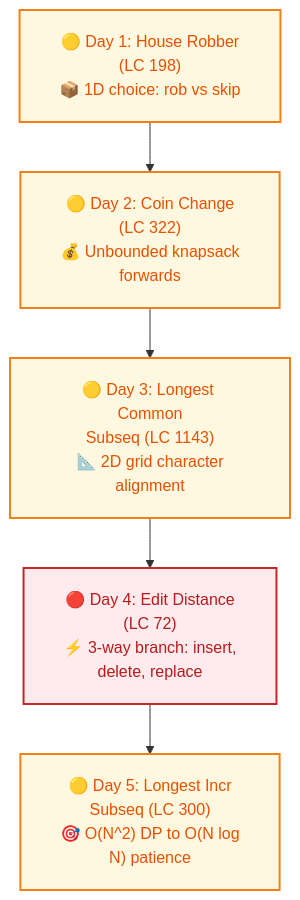
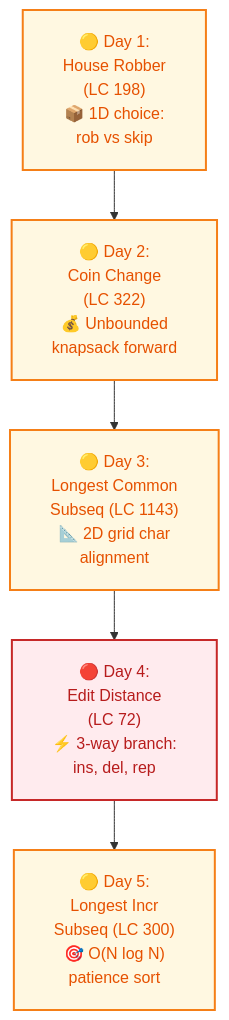
Before and after one commit to dip4k/DSA_102: the fourth of 19 diagrams in Senior_dsa_question_list.md, drawn with Mermaid. The commit also changed other lines of this file and 106 other files, not shown here.

First line of the commit message:
fix(mermaid): prevent text clipping with foreignObject overflow and tighter line wrapping

````diff
--- a/Senior_dsa_question_list.md
+++ b/Senior_dsa_question_list.md
@@ -166,15 +166,15 @@
 ```mermaid
-%%{init: {"flowchart": {"htmlLabels": true, "padding": 20}}}%%
+%%{init: {"flowchart": {"htmlLabels": true, "padding": 20}, "themeCSS": "foreignObject { overflow: visible !important; }"}}%%
 flowchart TD
     classDef startNode fill:#e8f5e9,stroke:#2e7d32,stroke-width:2px,color:#1b5e20
     classDef midNode fill:#fff8e1,stroke:#f57f17,stroke-width:2px,color:#e65100
     classDef hardNode fill:#ffebee,stroke:#c62828,stroke-width:2px,color:#b71c1c
 
-    A["🟡 Day 1: House Robber<br/>(LC 198)<br/>📦 1D choice: rob vs skip"]:::midNode
-    B["🟡 Day 2: Coin Change<br/>(LC 322)<br/>💰 Unbounded knapsack<br/>forwards"]:::midNode
-    C["🟡 Day 3: Longest Common<br/>Subseq (LC 1143)<br/>📐 2D grid character<br/>alignment"]:::midNode
-    D["🔴 Day 4: Edit Distance<br/>(LC 72)<br/>⚡ 3-way branch: insert,<br/>delete, replace"]:::hardNode
-    E["🟡 Day 5: Longest Incr<br/>Subseq (LC 300)<br/>🎯 O(N^2) DP to O(N log<br/>N) patience"]:::midNode
+    A["🟡 Day 1:<br/>House Robber<br/>(LC 198)<br/>📦 1D choice:<br/>rob vs skip"]:::midNode
+    B["🟡 Day 2:<br/>Coin Change<br/>(LC 322)<br/>💰 Unbounded<br/>knapsack forward"]:::midNode
+    C["🟡 Day 3:<br/>Longest Common<br/>Subseq (LC 1143)<br/>📐 2D grid char<br/>alignment"]:::midNode
+    D["🔴 Day 4:<br/>Edit Distance<br/>(LC 72)<br/>⚡ 3-way branch:<br/>ins, del, rep"]:::hardNode
+    E["🟡 Day 5:<br/>Longest Incr<br/>Subseq (LC 300)<br/>🎯 O(N log N)<br/>patience sort"]:::midNode
 
     A --> B --> C --> D --> E
 ```
````
